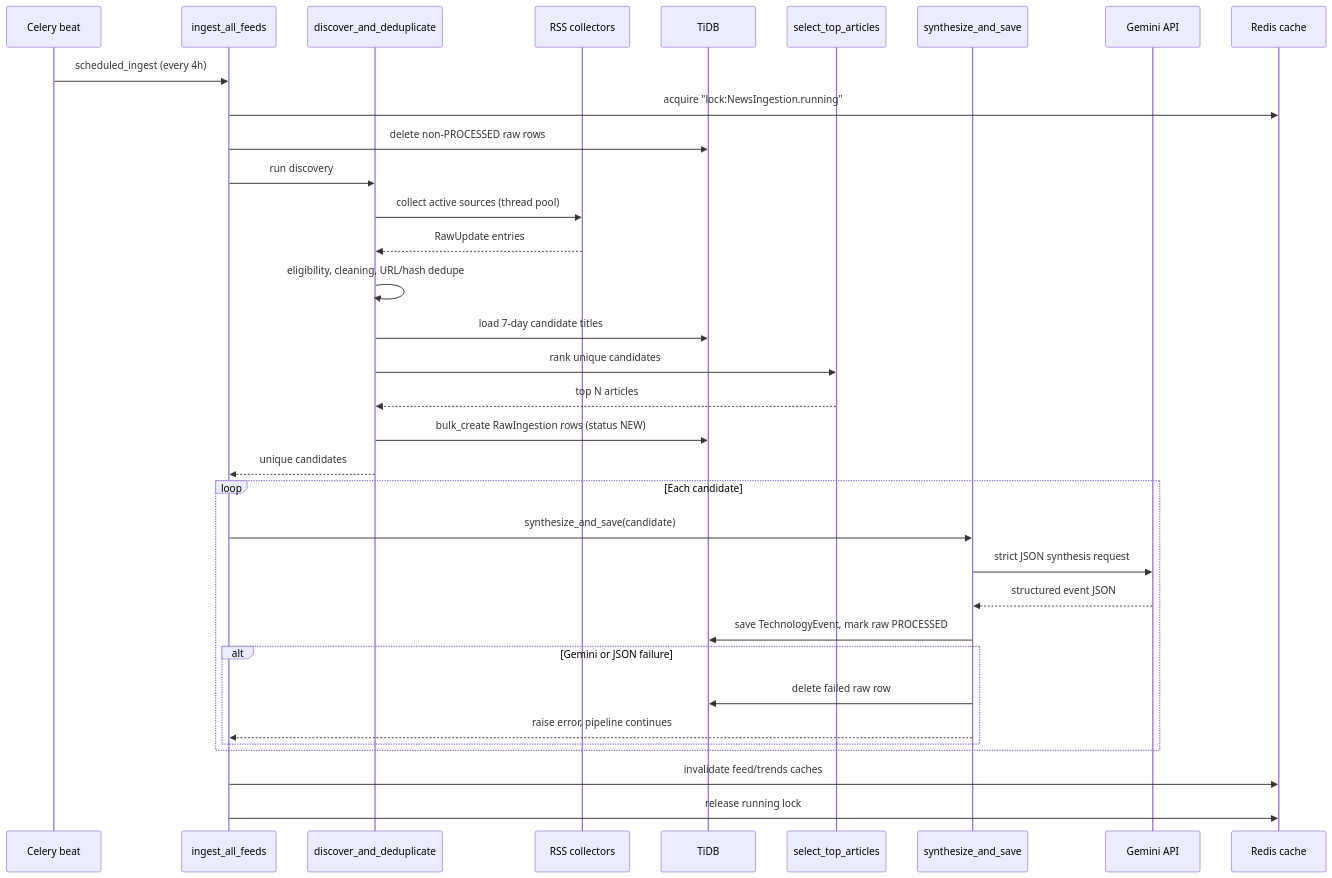
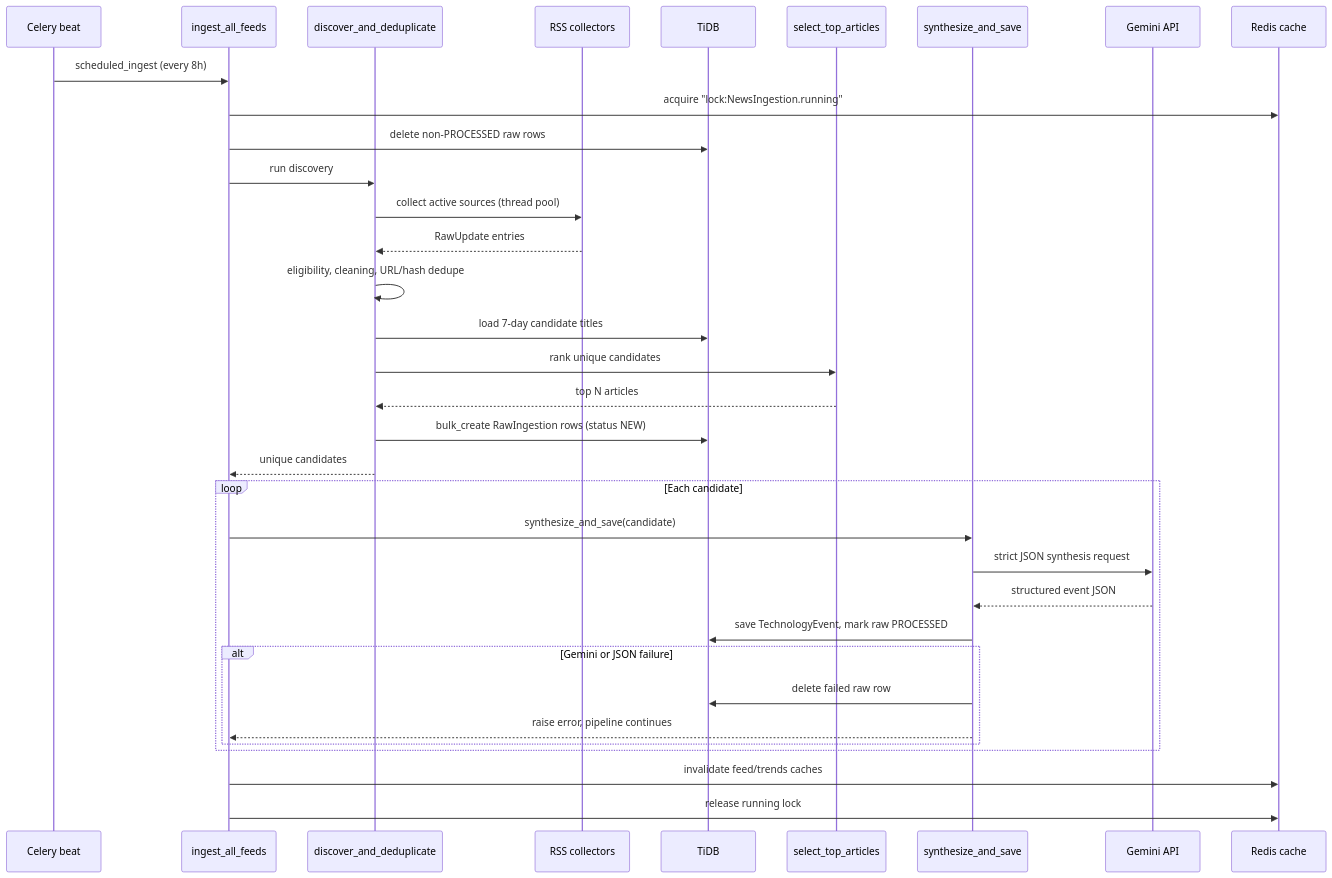
Before and after one commit to karannchaudhari04/TechPulse-AI: the diagram in docs/Pipeline.md, drawn with Mermaid. The commit also changed other lines of this file and 8 other files, not shown here.

First line of the commit message:
Run scheduled ingestion every 8 hours

````diff
--- a/docs/Pipeline.md
+++ b/docs/Pipeline.md
@@ -9,39 +9,39 @@
 ```mermaid
 sequenceDiagram
     participant Beat as Celery beat
     participant Task as ingest_all_feeds
     participant Discovery as discover_and_deduplicate
     participant RSS as RSS collectors
     participant DB as TiDB
     participant Ranker as select_top_articles
     participant Synth as synthesize_and_save
     participant Gemini as Gemini API
     participant Cache as Redis cache
 
-    Beat->>Task: scheduled_ingest (every 4h)
+    Beat->>Task: scheduled_ingest (every 8h)
     Task->>Cache: acquire "lock:NewsIngestion.running"
     Task->>DB: delete non-PROCESSED raw rows
     Task->>Discovery: run discovery
     Discovery->>RSS: collect active sources (thread pool)
     RSS-->>Discovery: RawUpdate entries
     Discovery->>Discovery: eligibility, cleaning, URL/hash dedupe
     Discovery->>DB: load 7-day candidate titles
     Discovery->>Ranker: rank unique candidates
     Ranker-->>Discovery: top N articles
     Discovery->>DB: bulk_create RawIngestion rows (status NEW)
     Discovery-->>Task: unique candidates
 
     loop Each candidate
         Task->>Synth: synthesize_and_save(candidate)
         Synth->>Gemini: strict JSON synthesis request
         Gemini-->>Synth: structured event JSON
         Synth->>DB: save TechnologyEvent, mark raw PROCESSED
         alt Gemini or JSON failure
             Synth->>DB: delete failed raw row
             Synth-->>Task: raise error, pipeline continues
         end
     end
 
     Task->>Cache: invalidate feed/trends caches
     Task->>Cache: release running lock
 ```
````
